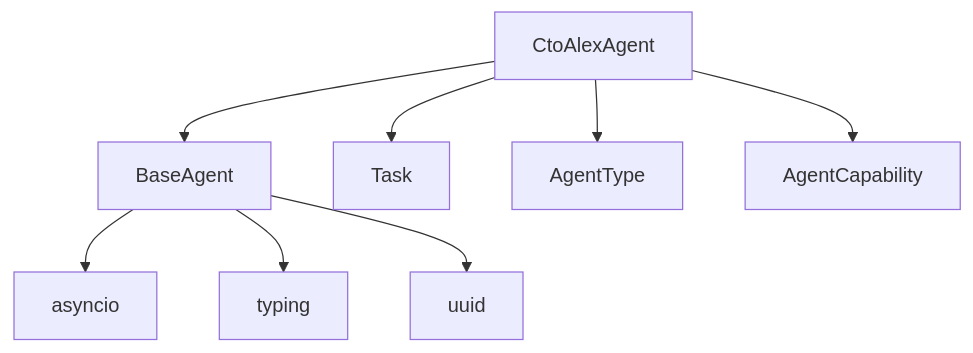
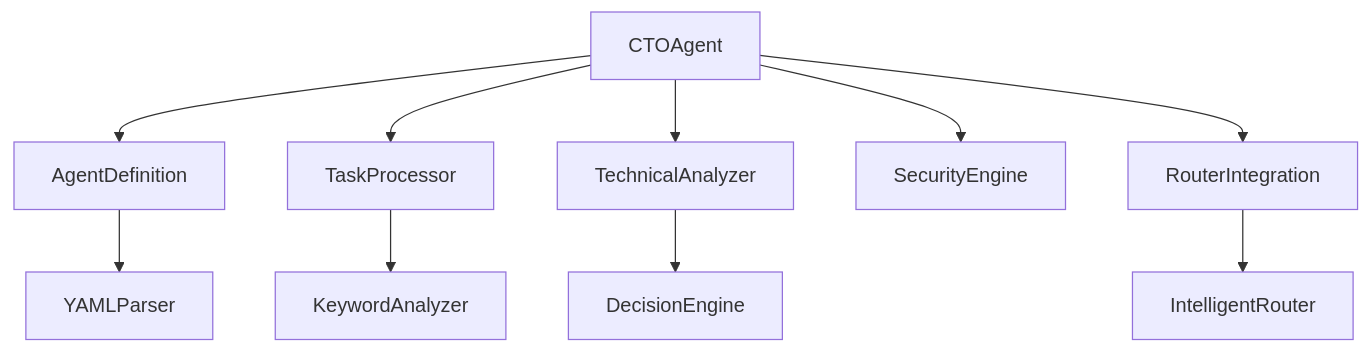
One commit to 371-Minds/os changed the fifth of 5 diagrams in .qoder/repowiki/en/content/CTO Agent (Alex).md. Above: the diagram before and after it, drawn with Mermaid. The commit also changed other lines of this file and 10 other files, not shown here.

````diff
--- a/.qoder/repowiki/en/content/CTO Agent (Alex).md
+++ b/.qoder/repowiki/en/content/CTO Agent (Alex).md
@@ -219,10 +320,12 @@
 ```mermaid
 graph TD
-CtoAlexAgent --> BaseAgent
-CtoAlexAgent --> Task
-CtoAlexAgent --> AgentType
-CtoAlexAgent --> AgentCapability
-BaseAgent --> asyncio
-BaseAgent --> typing
-BaseAgent --> uuid
+CTOAgent --> AgentDefinition
+CTOAgent --> TaskProcessor
+CTOAgent --> TechnicalAnalyzer
+CTOAgent --> SecurityEngine
+CTOAgent --> RouterIntegration
+AgentDefinition --> YAMLParser
+TaskProcessor --> KeywordAnalyzer
+TechnicalAnalyzer --> DecisionEngine
+RouterIntegration --> IntelligentRouter
 ```
````
